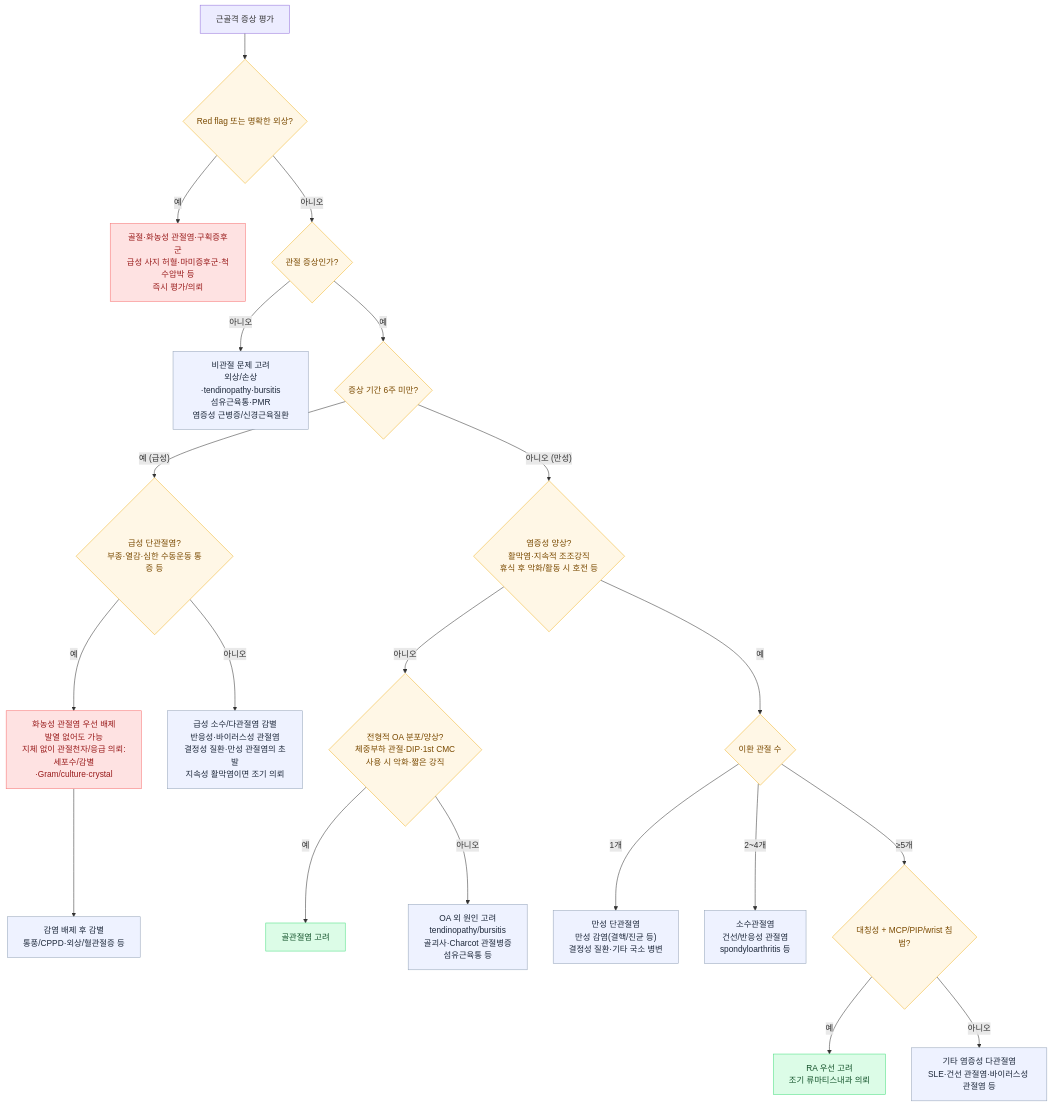
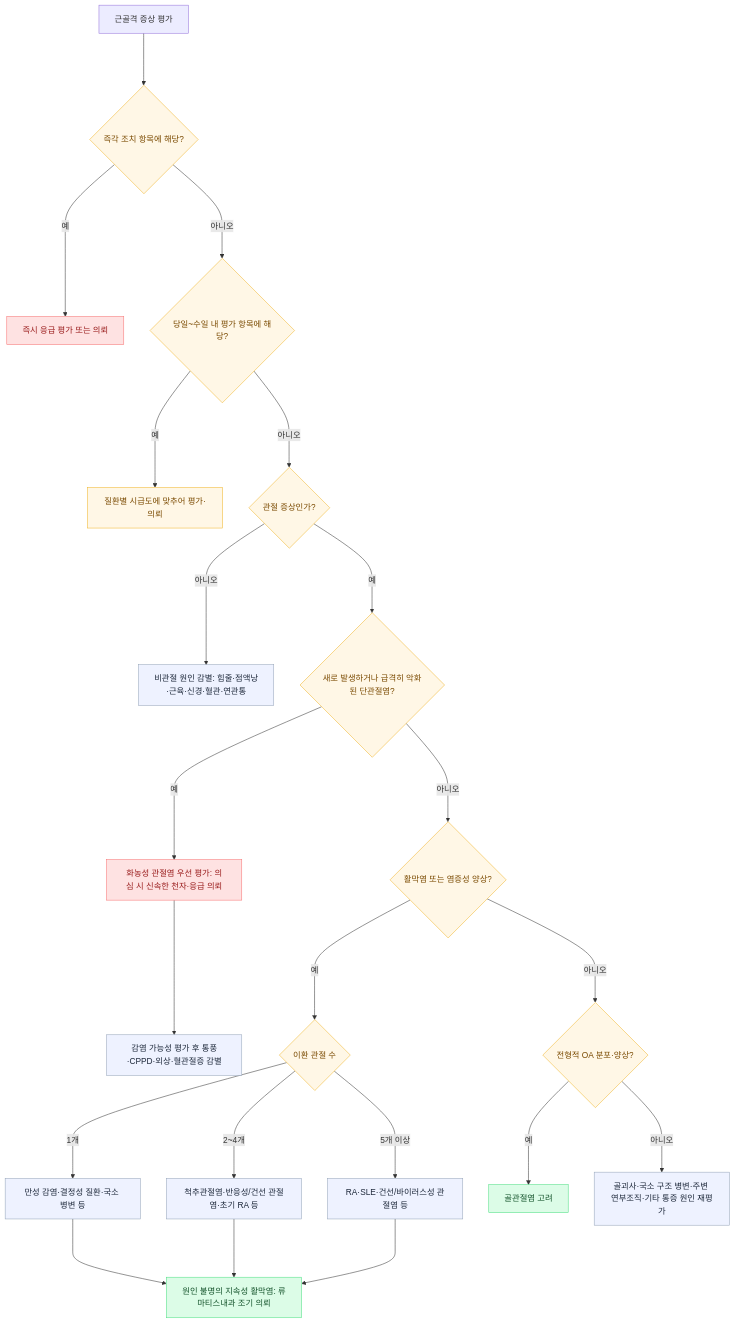
Before and after one commit to familyoh77/familyoh77: the diagram in 228_/134_-msdz.md, drawn with Mermaid. The commit also changed other lines of this file and 8 other files, not shown here.

````diff
--- a/228_/134_-msdz.md
+++ b/228_/134_-msdz.md
@@ -137,36 +155,37 @@
 ```mermaid
 flowchart TD
-    S["근골격 증상 평가"] --> R{"Red flag 또는 명확한 외상?"}
-    R -- "예" --> RE["골절·화농성 관절염·구획증후군<br>급성 사지 허혈·마미증후군·척수압박 등<br>즉시 평가/의뢰"]
-    R -- "아니오" --> Q1{"관절 증상인가?"}
+    S["근골격 증상 평가"] ---> R{"즉각 조치 항목에 해당?"}
+    R -- "예" ---> RE["즉시 응급 평가 또는 의뢰"]
+    R -- "아니오" ---> U{"당일~수일 내 평가 항목에 해당?"}
+    U -- "예" ---> UE["질환별 시급도에 맞추어 평가·의뢰"]
+    U -- "아니오" ---> Q1{"관절 증상인가?"}
 
-    Q1 -- "아니오" --> NA["비관절 문제 고려<br>외상/손상·tendinopathy·bursitis<br>섬유근육통·PMR<br>염증성 근병증/신경근육질환"]
-    Q1 -- "예" --> Q2{"증상 기간 6주 미만?"}
+    Q1 -- "아니오" ---> NA["비관절 원인 감별: 힘줄·점액낭·근육·신경·혈관·연관통"]
+    Q1 -- "예" ---> Q2{"새로 발생하거나 급격히 악화된 단관절염?"}
+    Q2 -- "예" ---> SA["화농성 관절염 우선 평가: 의심 시 신속한 천자·응급 의뢰"]
+    SA ---> AC["감염 가능성 평가 후 통풍·CPPD·외상·혈관절증 감별"]
+    Q2 -- "아니오" ---> Q3{"활막염 또는 염증성 양상?"}
 
-    Q2 -- "예 (급성)" --> Q3{"급성 단관절염?<br>부종·열감·심한 수동운동 통증 등"}
-    Q3 -- "예" --> SA["화농성 관절염 우선 배제<br>발열 없어도 가능<br>지체 없이 관절천자/응급 의뢰:<br>세포수/감별·Gram/culture·crystal"]
-    SA --> AC["감염 배제 후 감별<br>통풍/CPPD·외상/혈관절증 등"]
-    Q3 -- "아니오" --> AP["급성 소수/다관절염 감별<br>반응성·바이러스성 관절염<br>결정성 질환·만성 관절염의 초발<br>지속성 활막염이면 조기 의뢰"]
+    Q3 -- "예" ---> Q4{"이환 관절 수"}
+    Q4 -- "1개" ---> MONO["만성 감염·결정성 질환·국소 병변 등"]
+    Q4 -- "2~4개" ---> OLIGO["척추관절염·반응성/건선 관절염·초기 RA 등"]
+    Q4 -- "5개 이상" ---> POLY["RA·SLE·건선/바이러스성 관절염 등"]
+    MONO ---> RF["원인 불명의 지속성 활막염: 류마티스내과 조기 의뢰"]
+    OLIGO ---> RF
+    POLY ---> RF
 
-    Q2 -- "아니오 (만성)" --> Q4{"염증성 양상?<br>활막염·지속적 조조강직<br>휴식 후 악화/활동 시 호전 등"}
-    Q4 -- "아니오" --> Q5{"전형적 OA 분포/양상?<br>체중부하 관절·DIP·1st CMC<br>사용 시 악화·짧은 강직"}
-    Q5 -- "예" --> OA2["골관절염 고려"]
-    Q5 -- "아니오" --> NOA["OA 외 원인 고려<br>tendinopathy/bursitis<br>골괴사·Charcot 관절병증<br>섬유근육통 등"]
-
-    Q4 -- "예" --> Q6{"이환 관절 수"}
-    Q6 -- "1개" --> MONO["만성 단관절염<br>만성 감염(결핵/진균 등)<br>결정성 질환·기타 국소 병변"]
-    Q6 -- "2~4개" --> OLIGO["소수관절염<br>건선/반응성 관절염<br>spondyloarthritis 등"]
-    Q6 -- "≥5개" --> Q7{"대칭성 + MCP/PIP/wrist 침범?"}
-    Q7 -- "예" --> RA2["RA 우선 고려<br>조기 류마티스내과 의뢰"]
-    Q7 -- "아니오" --> POLY["기타 염증성 다관절염<br>SLE·건선 관절염·바이러스성 관절염 등"]
+    Q3 -- "아니오" ---> Q5{"전형적 OA 분포·양상?"}
+    Q5 -- "예" ---> OA2["골관절염 고려"]
+    Q5 -- "아니오" ---> NOA["골괴사·국소 구조 병변·주변 연부조직·기타 통증 원인 재평가"]
 
     classDef q fill:#FFF7E6,stroke:#F0B429,stroke-width:1px,color:#7A4A00;
     classDef box fill:#EEF2FF,stroke:#94A3B8,stroke-width:1px,color:#1E293B;
     classDef danger fill:#FEE2E2,stroke:#F87171,stroke-width:1px,color:#991B1B;
+    classDef warning fill:#FFF7E6,stroke:#F0B429,stroke-width:1px,color:#7A4A00;
     classDef good fill:#DCFCE7,stroke:#4ADE80,stroke-width:1px,color:#14532B;
-
-    class R,Q1,Q2,Q3,Q4,Q5,Q6,Q7 q;
-    class NA,AC,AP,NOA,MONO,OLIGO,POLY box;
+    class R,U,Q1,Q2,Q3,Q4,Q5 q;
+    class NA,AC,MONO,OLIGO,POLY,NOA box;
     class RE,SA danger;
-    class OA2,RA2 good;
+    class UE warning;
+    class OA2,RF good;
 ```
````
